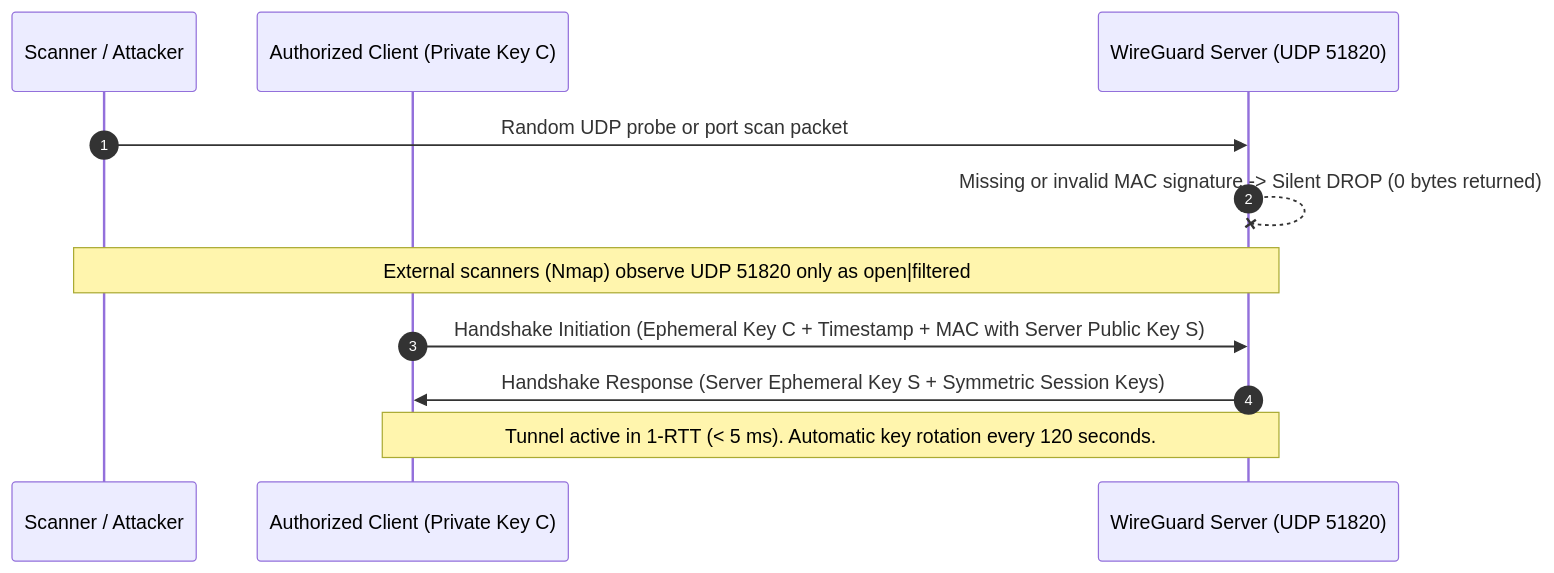
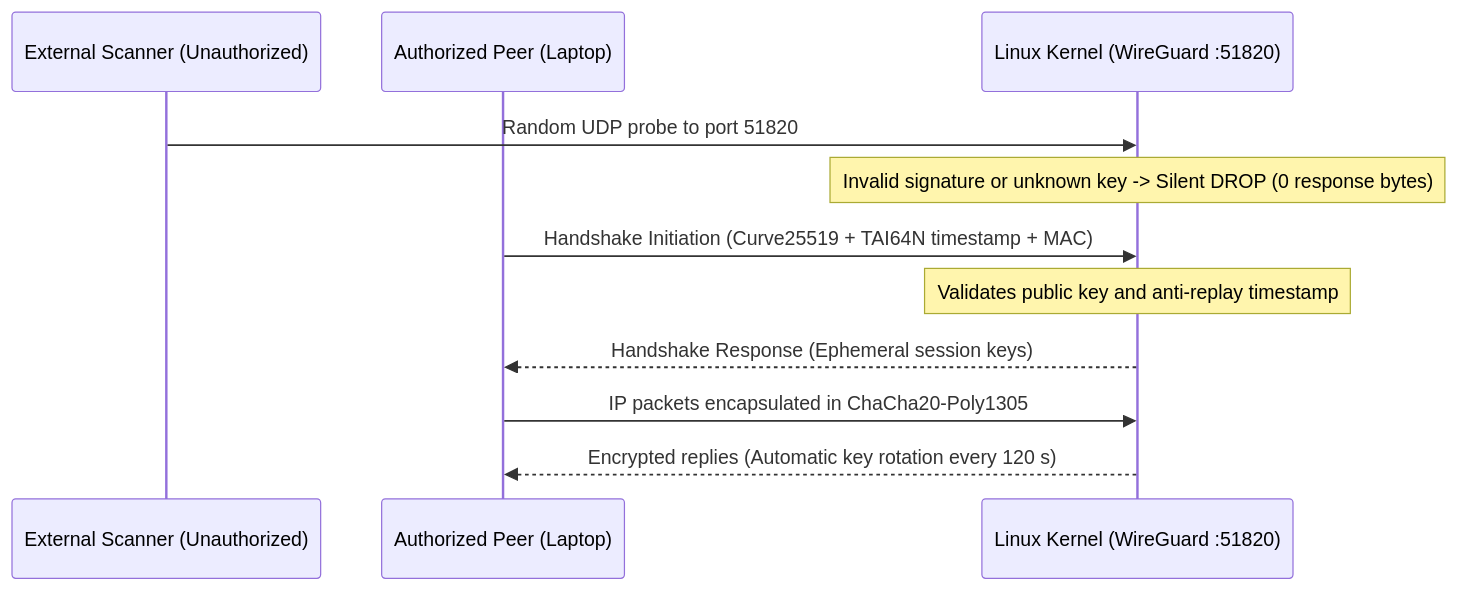
One commit to JorgeDoicela/jorge_doicela changed the second of 2 diagrams in frontend/web/src/app/(doiceladev)/entities/projects/drafts/en.vpn-privada-wireguard-linux.md. Above: the diagram before and after it, drawn with Mermaid. The commit also changed other lines of this file and 16 other files, not shown here.

Commit message:
feat(doiceladev): enriquecer blog y proyecto WireGuard, reemplazar debate del foro y migrar ThemeProvider nativo React 19

````diff
--- a/frontend/web/src/app/(doiceladev)/entities/projects/drafts/en.vpn-privada-wireguard-linux.md
+++ b/frontend/web/src/app/(doiceladev)/entities/projects/drafts/en.vpn-privada-wireguard-linux.md
@@ -82,15 +85,15 @@
 ```mermaid
 sequenceDiagram
-    autonumber
-    participant E as Scanner / Attacker
-    participant C as Authorized Client (Private Key C)
-    participant S as WireGuard Server (UDP 51820)
+    participant Attacker as External Scanner (Unauthorized)
+    participant Client as Authorized Peer (Laptop)
+    participant Kernel as Linux Kernel (WireGuard :51820)
 
-    E->>S: Random UDP probe or port scan packet
-    S--xS: Missing or invalid MAC signature -> Silent DROP (0 bytes returned)
-    Note over E,S: External scanners (Nmap) observe UDP 51820 only as open|filtered
+    Attacker->>Kernel: Random UDP probe to port 51820
+    Note over Kernel: Invalid signature or unknown key -> Silent DROP (0 response bytes)
 
-    C->>S: Handshake Initiation (Ephemeral Key C + Timestamp + MAC with Server Public Key S)
-    S->>C: Handshake Response (Server Ephemeral Key S + Symmetric Session Keys)
-    Note over C,S: Tunnel active in 1-RTT (< 5 ms). Automatic key rotation every 120 seconds.
+    Client->>Kernel: Handshake Initiation (Curve25519 + TAI64N timestamp + MAC)
+    Note over Kernel: Validates public key and anti-replay timestamp
+    Kernel-->>Client: Handshake Response (Ephemeral session keys)
+    Client->>Kernel: IP packets encapsulated in ChaCha20-Poly1305
+    Kernel-->>Client: Encrypted replies (Automatic key rotation every 120 s)
 ```
````
